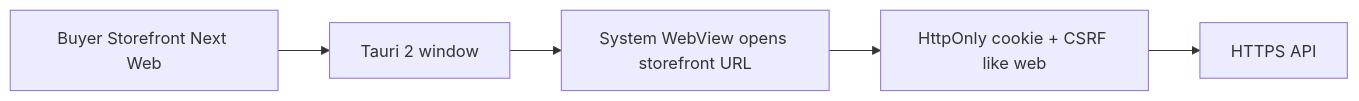
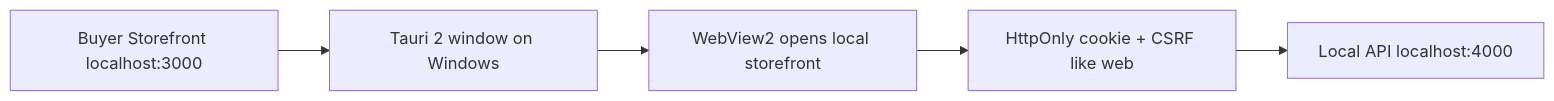
One commit to kietda623/do-an-cnpm changed the second of 2 diagrams in docs/design/screen-flows.md. Above: the diagram before and after it, drawn with Mermaid. The commit also changed other lines of this file and 17 other files, not shown here.

Commit message:
docs(desktop): scope acceptance to Windows local demo

````diff
--- a/docs/design/screen-flows.md
+++ b/docs/design/screen-flows.md
@@ -83,7 +83,7 @@
 ```mermaid
 flowchart LR
-  NEXT[Buyer Storefront Next Web] --> WRAP[Tauri 2 window]
-  WRAP --> WEBVIEW[System WebView opens storefront URL]
+  NEXT[Buyer Storefront localhost:3000] --> WRAP[Tauri 2 window on Windows]
+  WRAP --> WEBVIEW[WebView2 opens local storefront]
   WEBVIEW --> COOKIE[HttpOnly cookie + CSRF like web]
-  COOKIE --> API[HTTPS API]
+  COOKIE --> API[Local API localhost:4000]
 ```
````
